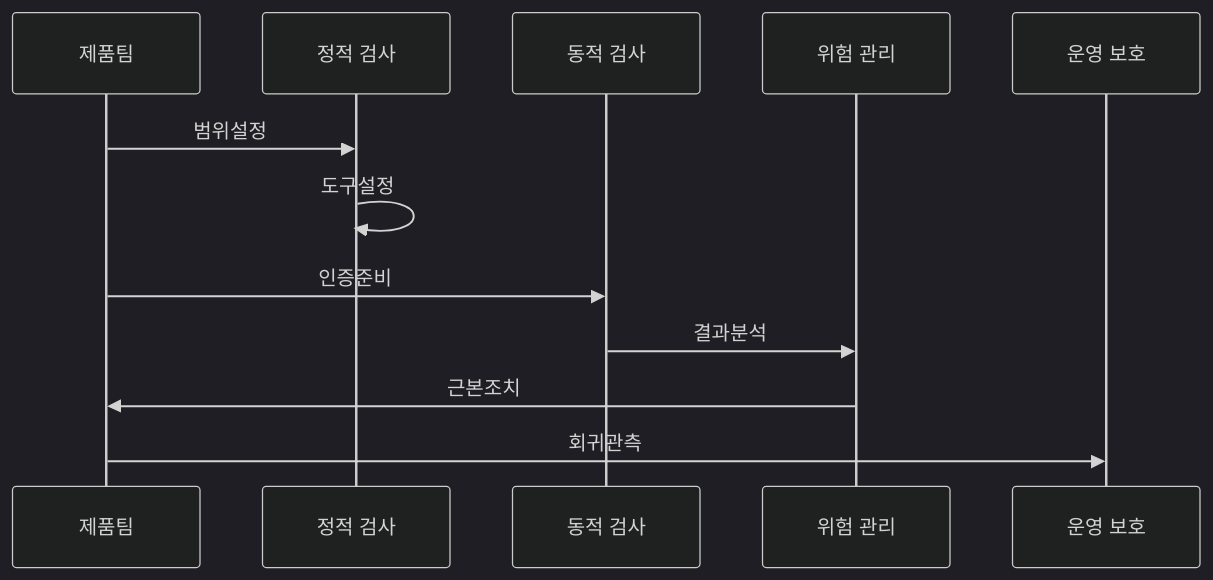
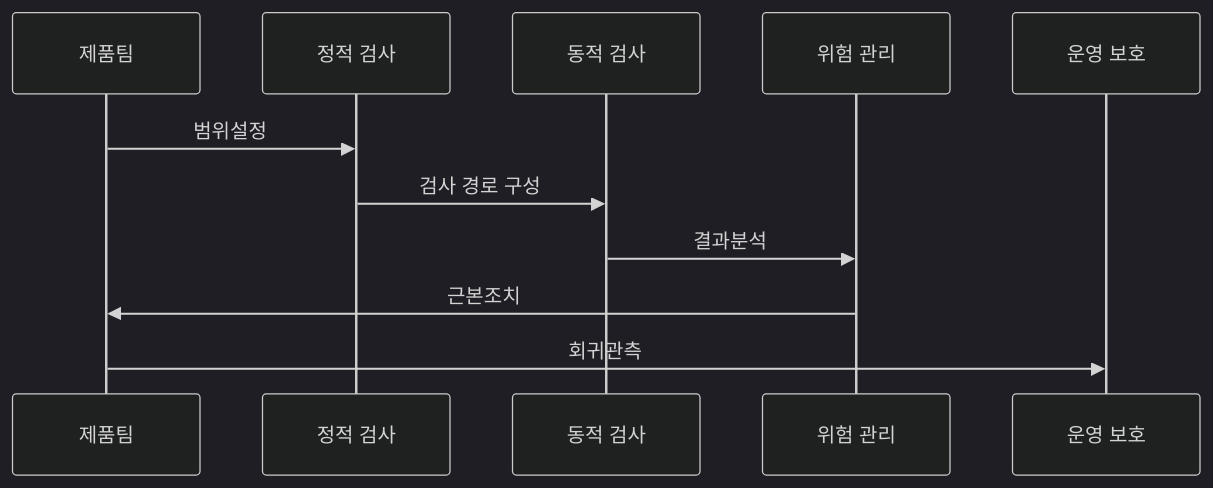
Before and after one commit to agnusdei1207/knowledge-base: the second of 2 diagrams in src/content/docs/notes/05-security/145_sast_dast_iast_rasp.md, drawn with Mermaid (dark theme). The commit also changed other lines of this file and 10 other files, not shown here.

````diff
--- a/src/content/docs/notes/05-security/145_sast_dast_iast_rasp.md
+++ b/src/content/docs/notes/05-security/145_sast_dast_iast_rasp.md
@@ -80,14 +80,13 @@
 ```mermaid
 sequenceDiagram
     participant T as 제품팀
     participant S as 정적 검사
     participant D as 동적 검사
     participant R as 위험 관리
     participant O as 운영 보호
     T->>S: 범위설정
-    S->>S: 도구설정
-    T->>D: 인증준비
+    S->>D: 검사 경로 구성
     D->>R: 결과분석
     R->>T: 근본조치
     T->>O: 회귀관측
 ```
````
